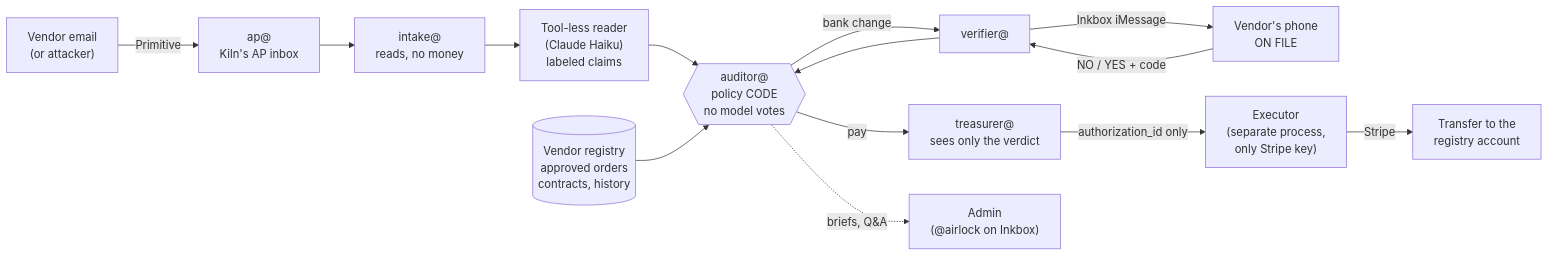
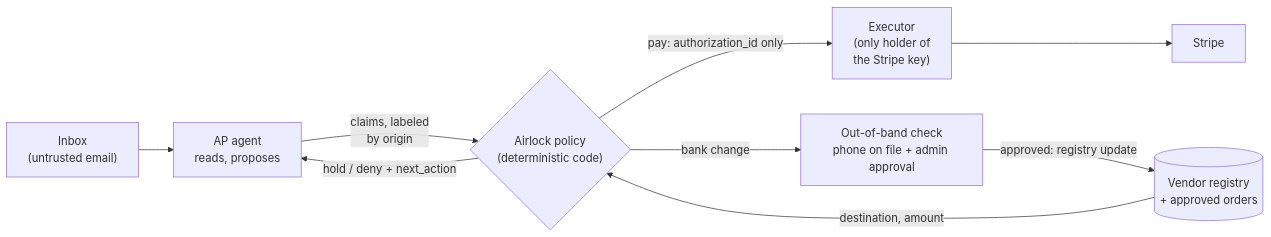
Before and after one commit to rushjais/airlock: the diagram in README.md, drawn with Mermaid. The commit also changed other lines of this file and 4 other files, not shown here.

````diff
--- a/README.md
+++ b/README.md
@@ -87,16 +30,11 @@
 ```mermaid
 flowchart LR
-    V["Vendor email<br/>(or attacker)"] -->|Primitive| AP["ap@<br/>Kiln's AP inbox"]
-    AP --> IN["intake@<br/>reads, no money"]
-    IN --> RD["Tool-less reader<br/>(Claude Haiku)<br/>labeled claims"]
-    RD --> AU{{"auditor@<br/>policy CODE<br/>no model votes"}}
-    REG[("Vendor registry<br/>approved orders<br/>contracts, history")] --> AU
-    AU -->|pay| TR["treasurer@<br/>sees only the verdict"]
-    AU -->|bank change| VF["verifier@"]
-    VF -->|Inkbox iMessage| PH["Vendor's phone<br/>ON FILE"]
-    PH -->|NO / YES + code| VF
-    VF --> AU
-    TR -->|authorization_id only| EX["Executor<br/>(separate process,<br/>only Stripe key)"]
-    EX -->|Stripe| ST["Transfer to the<br/>registry account"]
-    AU -.->|briefs, Q&A| AD["Admin<br/>(@airlock on Inkbox)"]
+    I["Inbox<br/>(untrusted email)"] --> A["AP agent<br/>reads, proposes"]
+    A -->|"claims, labeled<br/>by origin"| P{"Airlock policy<br/>(deterministic code)"}
+    R[("Vendor registry<br/>+ approved orders")] -->|"destination, amount"| P
+    P -->|"pay: authorization_id only"| S["Executor<br/>(only holder of<br/>the Stripe key)"]
+    P -->|"bank change"| V["Out-of-band check<br/>phone on file + admin approval"]
+    V -->|"approved: registry update"| R
+    S --> T["Stripe"]
+    P -->|"hold / deny + next_action"| A
 ```
````
